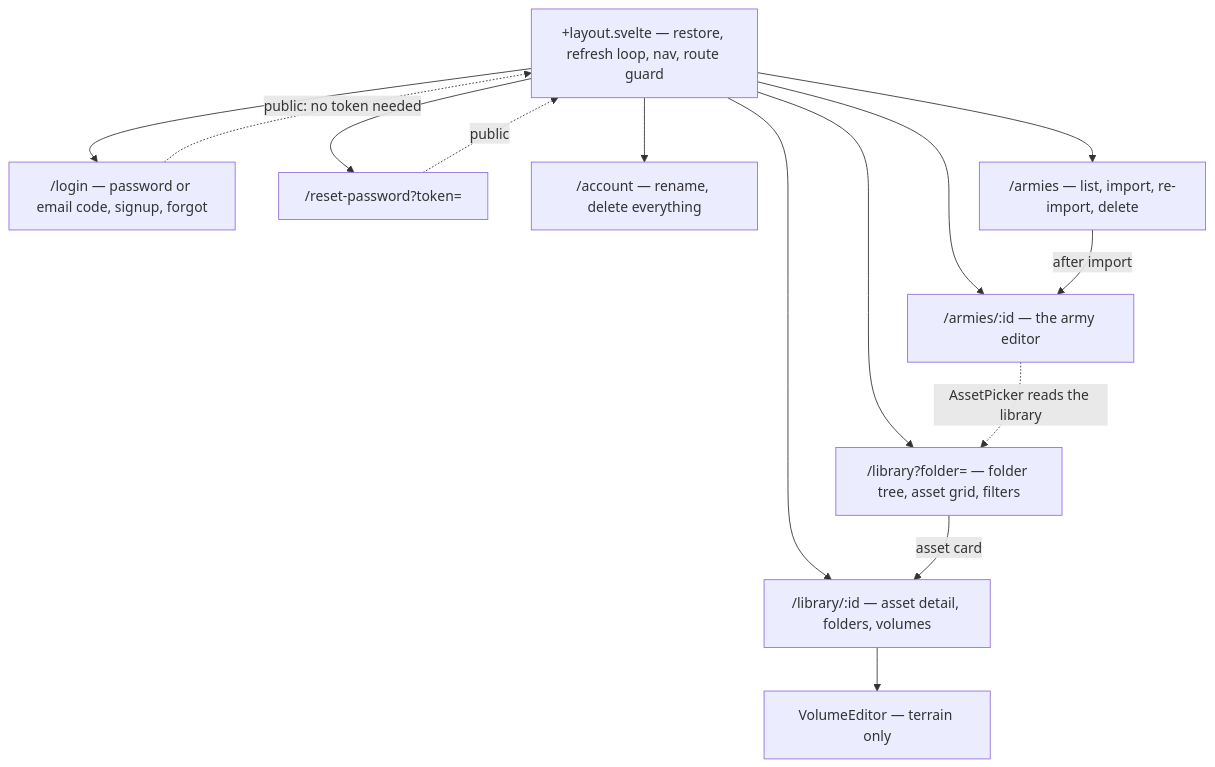
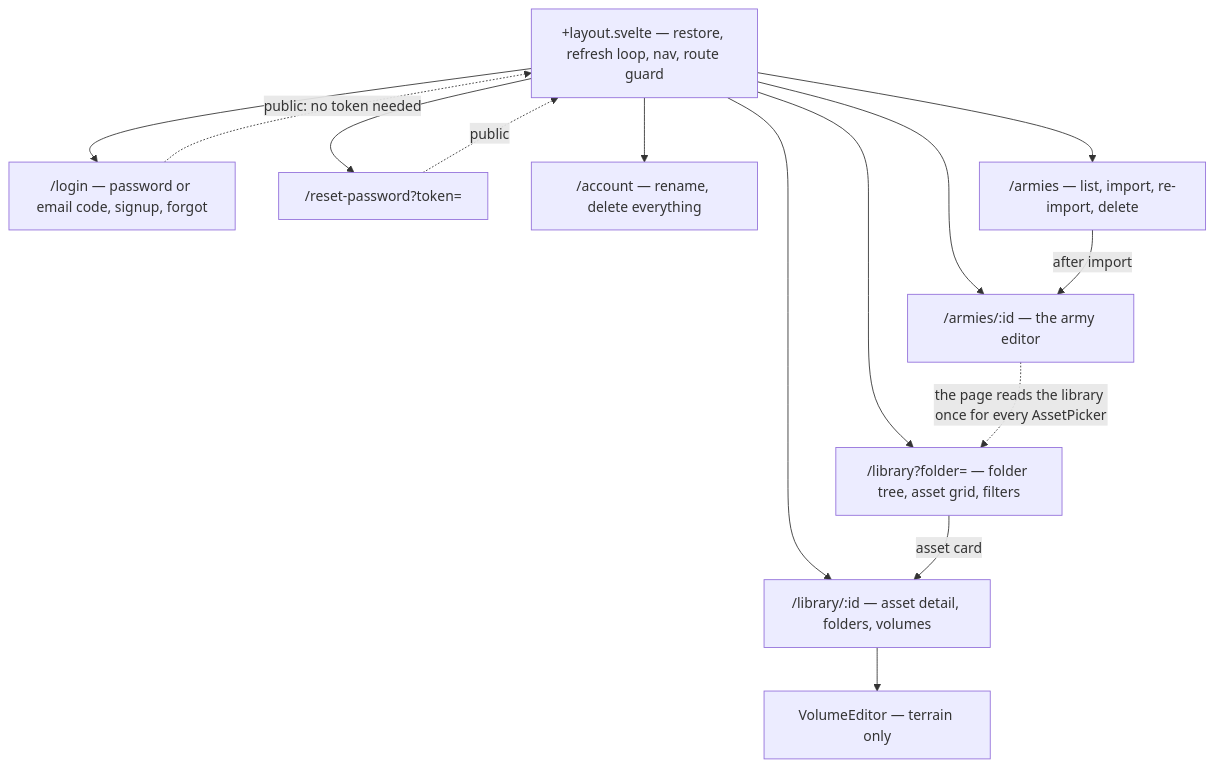
One commit to cstupi/tabletop changed the second of 13 diagrams in docs/design/web-app/design.md. Above: the diagram before and after it, drawn with Mermaid. The commit also changed other lines of this file and 17 other files, not shown here.

````diff
--- a/docs/design/web-app/design.md
+++ b/docs/design/web-app/design.md
@@ -142,26 +142,26 @@
 ```mermaid
 graph TD
     Layout["+layout.svelte — restore, refresh loop, nav, route guard"]
     Login["/login — password or email code, signup, forgot"]
     Reset["/reset-password?token="]
     Acct["/account — rename, delete everything"]
     Armies["/armies — list, import, re-import, delete"]
     Army["/armies/:id — the army editor"]
     Lib["/library?folder= — folder tree, asset grid, filters"]
     Asset["/library/:id — asset detail, folders, volumes"]
 
     Layout --> Login
     Layout --> Reset
     Layout --> Acct
     Layout --> Armies
     Layout --> Army
     Layout --> Lib
     Layout --> Asset
     Armies -->|"after import"| Army
     Lib -->|"asset card"| Asset
-    Army -.->|"AssetPicker reads the library"| Lib
+    Army -.->|"the page reads the library once for every AssetPicker"| Lib
     Asset --> VE["VolumeEditor — terrain only"]
 
     Login -.->|"public: no token needed"| Layout
     Reset -.->|"public"| Layout
 ```
````
